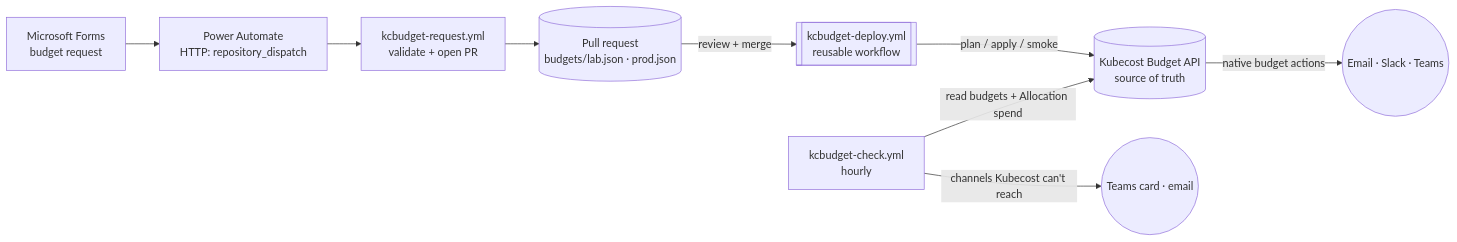
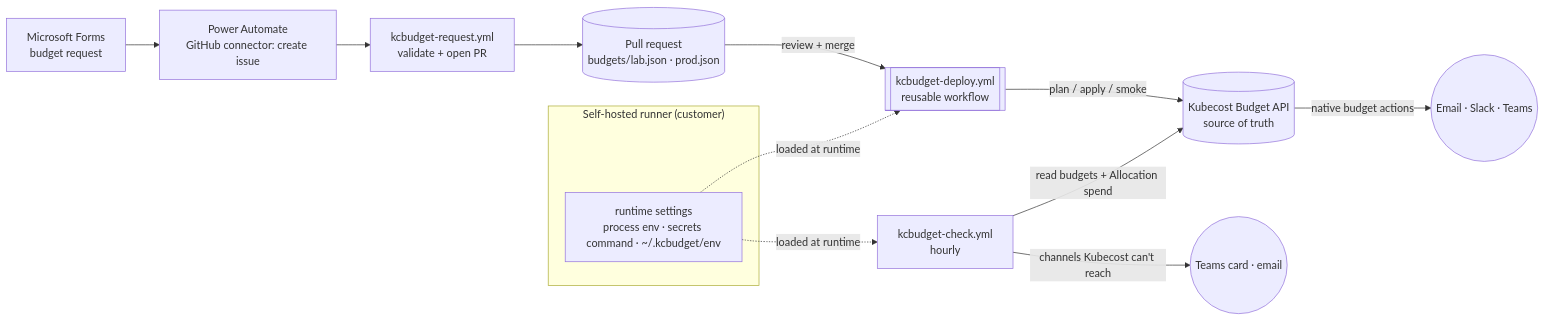
One commit to ttdeangel/kc-lab changed the diagram in docs/budgets.md. Above: the diagram before and after it, drawn with Mermaid. The commit also changed other lines of this file and 22 other files, not shown here.

First line of the commit message:
kcbudget: no GitHub secrets; load settings at runtime on the runner

````diff
--- a/docs/budgets.md
+++ b/docs/budgets.md
@@ -5,11 +7,15 @@
 ```mermaid
 flowchart LR
-  F[Microsoft Forms<br/>budget request] --> PA[Power Automate<br/>HTTP: repository_dispatch]
+  F[Microsoft Forms<br/>budget request] --> PA[Power Automate<br/>GitHub connector: create issue]
   PA --> RQ[kcbudget-request.yml<br/>validate + open PR]
   RQ --> PR[(Pull request<br/>budgets/lab.json · prod.json)]
   PR -- review + merge --> RW[[kcbudget-deploy.yml<br/>reusable workflow]]
   RW -- "plan / apply / smoke" --> KC[(Kubecost Budget API<br/>source of truth)]
   KC -- native budget actions --> N1((Email · Slack · Teams))
   CK[kcbudget-check.yml<br/>hourly] -- read budgets + Allocation spend --> KC
   CK -- channels Kubecost can't reach --> N2((Teams card · email))
+  subgraph Runner["Self-hosted runner (customer)"]
+    RS[runtime settings<br/>process env · secrets command · ~/.kcbudget/env]
+  end
+  RS -. loaded at runtime .-> RW & CK
 ```
````
